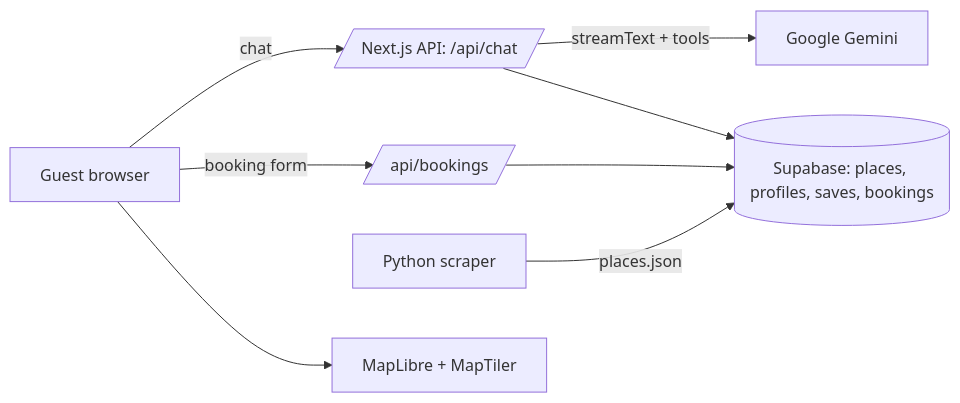
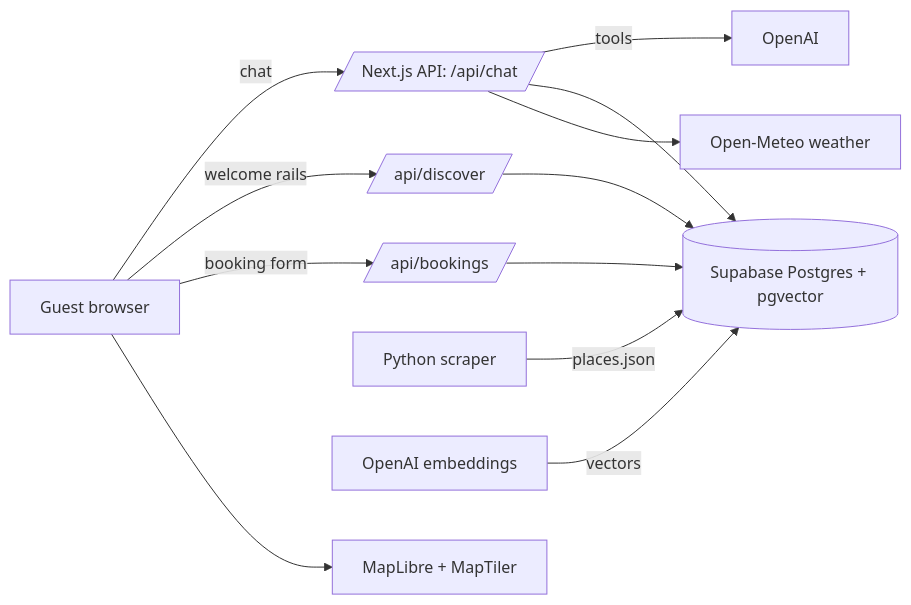
Before and after one commit to CuriousSensie/pearlclub-concierge: the diagram in README.md, drawn with Mermaid. The commit also changed other lines of this file and 8 other files, not shown here.

````diff
--- a/README.md
+++ b/README.md
@@ -19,9 +40,12 @@
 ```mermaid
 flowchart LR
   U[Guest browser] -->|chat| API[/Next.js API: /api/chat/]
-  API -->|streamText + tools| LLM[Google Gemini]
-  API --> DB[(Supabase: places, profiles, saves, bookings)]
+  API -->|tools| LLM[OpenAI]
+  API --> DB[(Supabase Postgres + pgvector)]
+  API --> WX[Open-Meteo weather]
+  U -->|welcome rails| DISC[/api/discover/] --> DB
   U -->|booking form| BK[/api/bookings/] --> DB
   SC[Python scraper] -->|places.json| DB
+  EMB[OpenAI embeddings] -->|vectors| DB
   U --> MAP[MapLibre + MapTiler]
 ```
````
